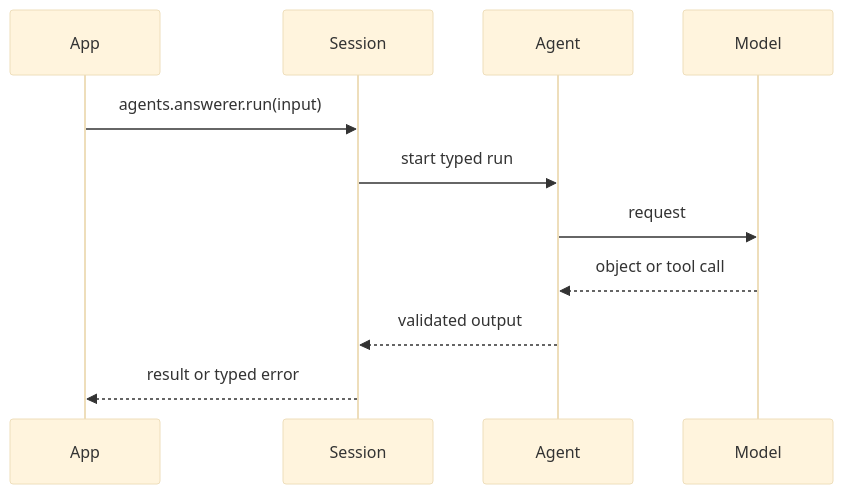
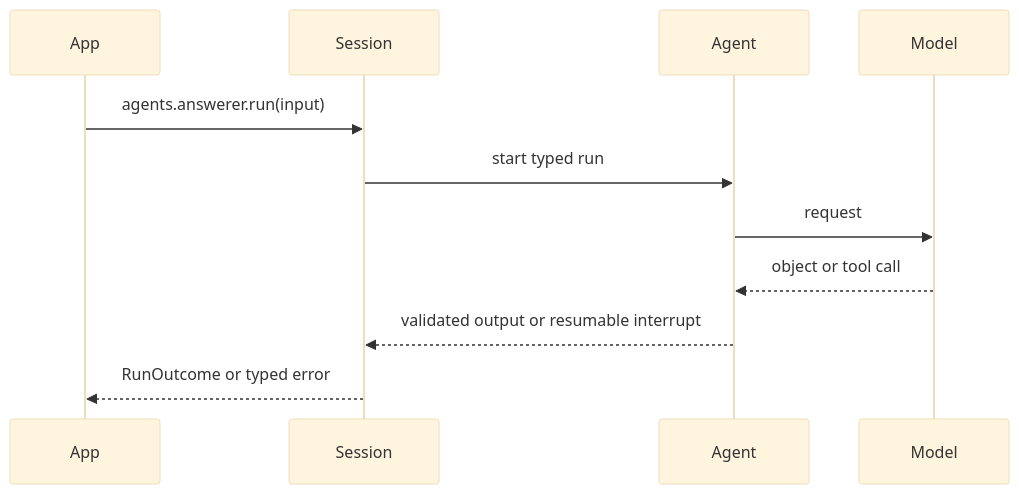
One commit to puristajs/purista changed the diagram in web/src/content/handbook/harness/understand-the-harness/agents-sessions-and-lifecycle.md. Above: the diagram before and after it, drawn with Mermaid (base theme). The commit also changed 593 other files, not shown here.

````diff
--- a/web/src/content/handbook/harness/understand-the-harness/agents-sessions-and-lifecycle.md
+++ b/web/src/content/handbook/harness/understand-the-harness/agents-sessions-and-lifecycle.md
@@ -12,13 +12,13 @@
 ```mermaid title="Agent execution through a session"
 sequenceDiagram
   participant App
   participant Session
   participant Agent
   participant Model
   App->>Session: agents.answerer.run(input)
   Session->>Agent: start typed run
   Agent->>Model: request
   Model-->>Agent: object or tool call
-  Agent-->>Session: validated output
-  Session-->>App: result or typed error
+  Agent-->>Session: validated output or resumable interrupt
+  Session-->>App: RunOutcome or typed error
 ```
````
